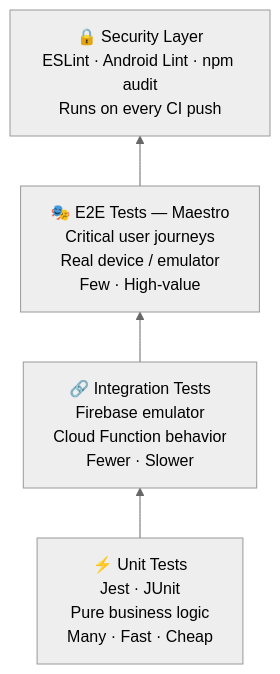
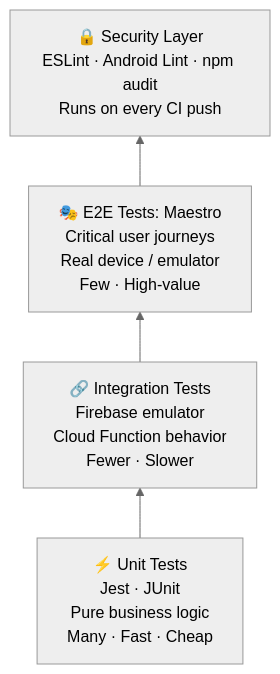
The diagram in docs/blog/blog_expanded_part10.md (dmvieira/appacadabra), drawn with Mermaid (neutral theme) before and after one commit. The commit also changed other lines of this file and 1 other file, not shown here.

````diff
--- a/docs/blog/blog_expanded_part10.md
+++ b/docs/blog/blog_expanded_part10.md
@@ -88,11 +88,11 @@
 ```mermaid
 graph BT
     UNIT["⚡ Unit Tests\nJest · JUnit\nPure business logic\nMany · Fast · Cheap"]
     INT["🔗 Integration Tests\nFirebase emulator\nCloud Function behavior\nFewer · Slower"]
-    E2E["🎭 E2E Tests — Maestro\nCritical user journeys\nReal device / emulator\nFew · High-value"]
+    E2E["🎭 E2E Tests: Maestro\nCritical user journeys\nReal device / emulator\nFew · High-value"]
     SEC["🔒 Security Layer\nESLint · Android Lint · npm audit\nRuns on every CI push"]
 
     UNIT --> INT
     INT --> E2E
     E2E --> SEC
 ```
````
